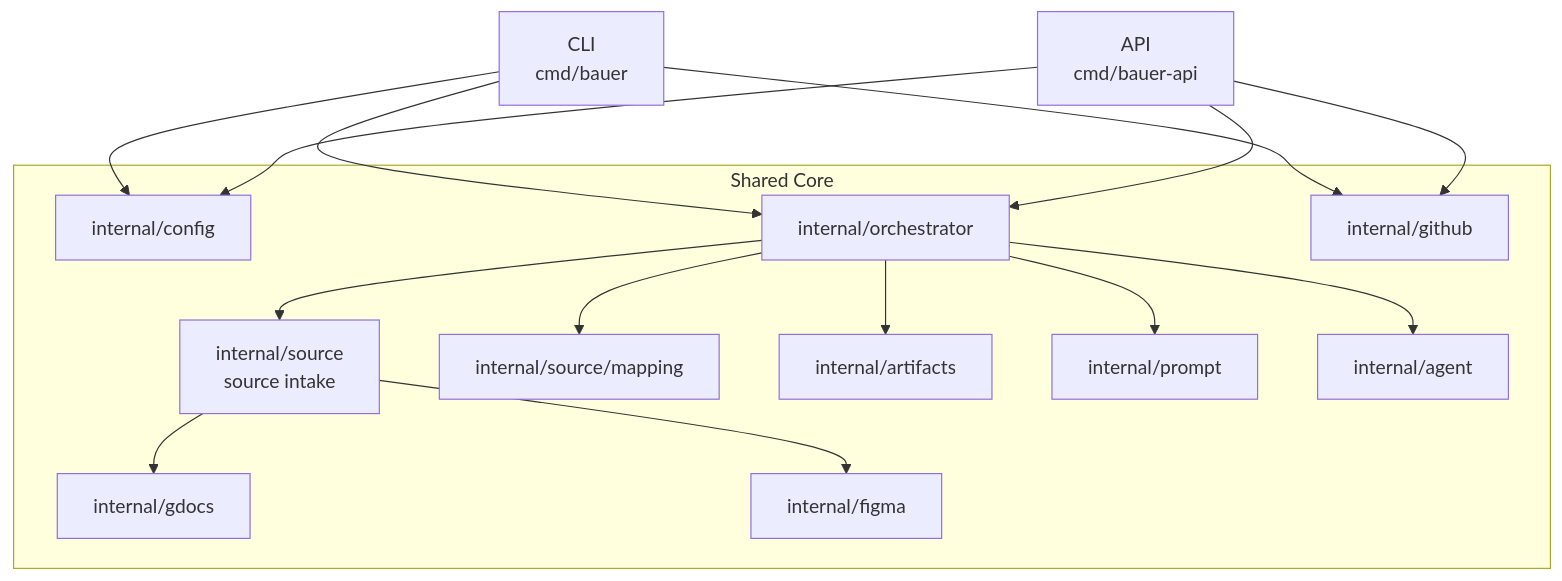
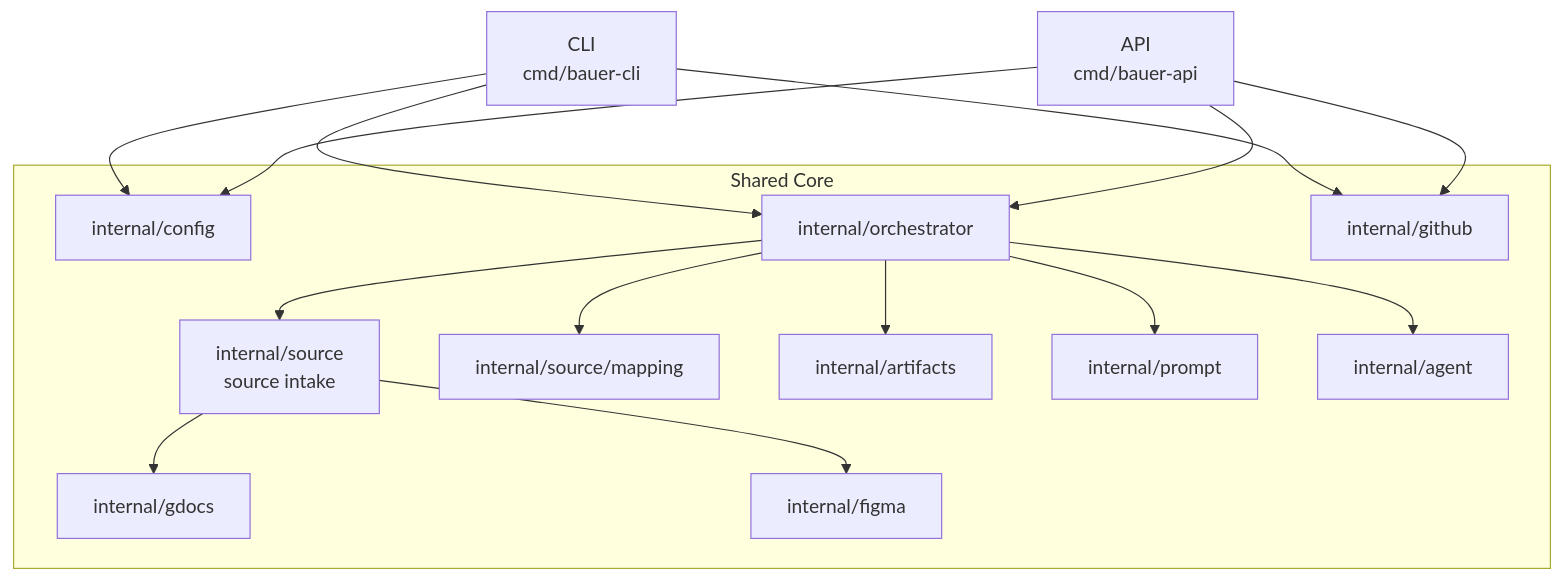
The first of 4 diagrams in docs/ARCHITECTURE_v2_1.md (canonical/Bauer), drawn with Mermaid before and after one commit. The commit also changed 5 other files, not shown here.

Commit message:
refactor: rename to bauer-cli

````diff
--- a/docs/ARCHITECTURE_v2_1.md
+++ b/docs/ARCHITECTURE_v2_1.md
@@ -221,34 +221,34 @@
 ```mermaid
 graph TD
-    CLI["CLI\ncmd/bauer"]
+    CLI["CLI\ncmd/bauer-cli"]
     API["API\ncmd/bauer-api"]
 
     subgraph Shared Core
         Config["internal/config"]
         Orchestrator["internal/orchestrator"]
         Intake["internal/source\nsource intake"]
         GDocs["internal/gdocs"]
         Figma["internal/figma"]
         Mapping["internal/source/mapping"]
         Artifacts["internal/artifacts"]
         Prompt["internal/prompt"]
         Agent["internal/agent"]
         GitHub["internal/github"]
     end
 
     CLI --> Config
     API --> Config
     CLI --> Orchestrator
     API --> Orchestrator
 
     Orchestrator --> Intake
     Intake --> GDocs
     Intake --> Figma
 
     Orchestrator --> Mapping
     Orchestrator --> Artifacts
     Orchestrator --> Prompt
     Orchestrator --> Agent
     CLI --> GitHub
     API --> GitHub
 ```
````
